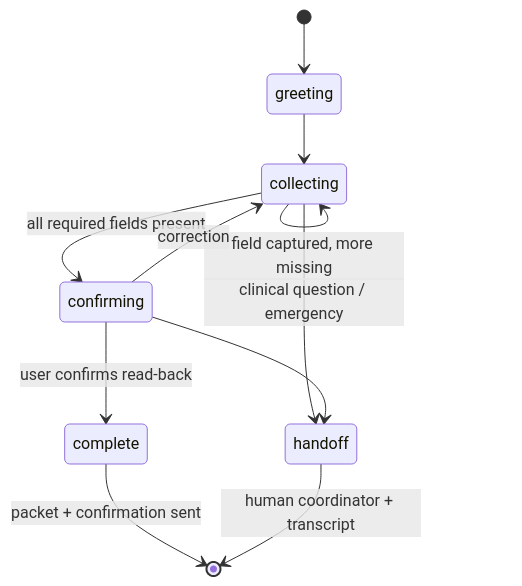
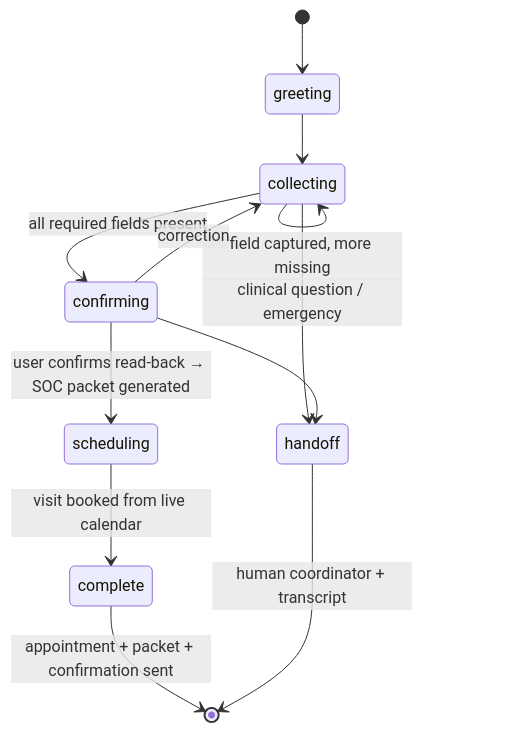
One commit to roshaninfordham/intakecare-ai changed the fifth of 6 diagrams in README.md. Above: the diagram before and after it, drawn with Mermaid. The commit also changed other lines of this file and 9 other files, not shown here.

Commit message:
Close the loop: in-conversation scheduling — live slots, booking, appointments dashboard, outbound-call endpoint

````diff
--- a/README.md
+++ b/README.md
@@ -76,13 +83,14 @@
 ```mermaid
 stateDiagram-v2
     [*] --> greeting
     greeting --> collecting
     collecting --> collecting: field captured, more missing
     collecting --> confirming: all required fields present
     confirming --> collecting: correction
-    confirming --> complete: user confirms read-back
-    complete --> [*]: packet + confirmation sent
+    confirming --> scheduling: user confirms read-back → SOC packet generated
+    scheduling --> complete: visit booked from live calendar
+    complete --> [*]: appointment + packet + confirmation sent
     collecting --> handoff: clinical question / emergency
     confirming --> handoff
     handoff --> [*]: human coordinator + transcript
 ```
````
